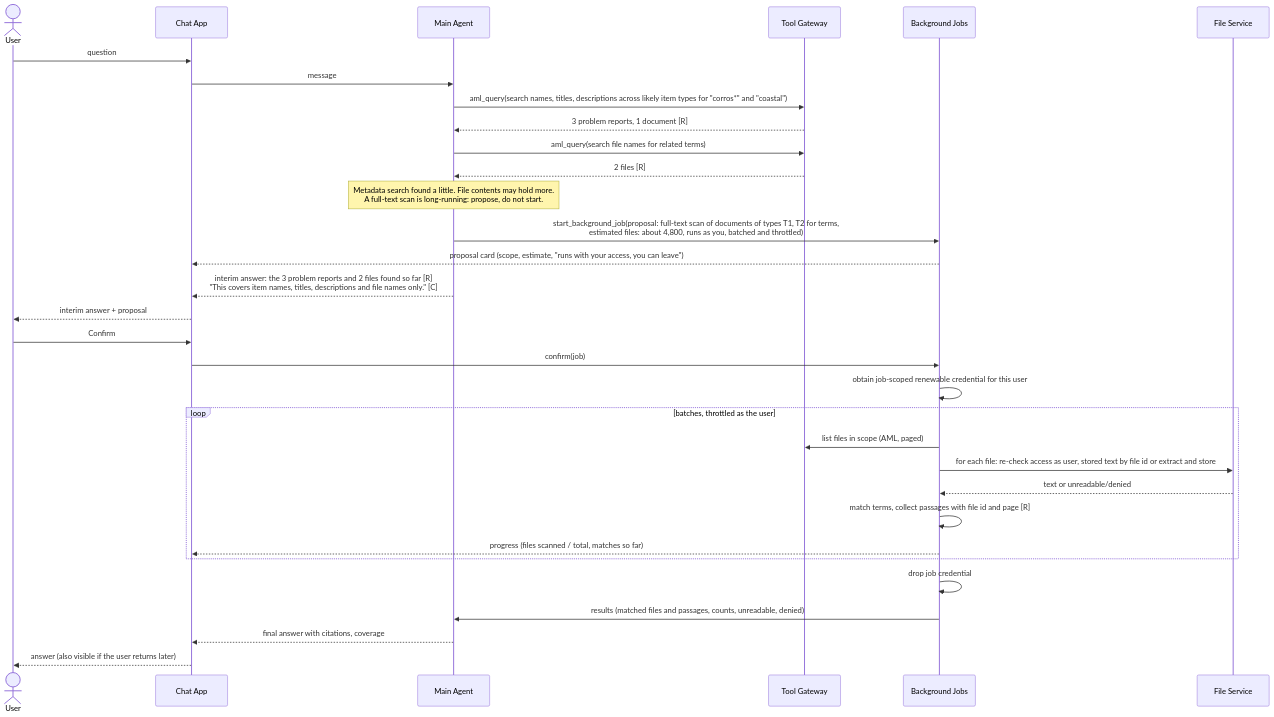
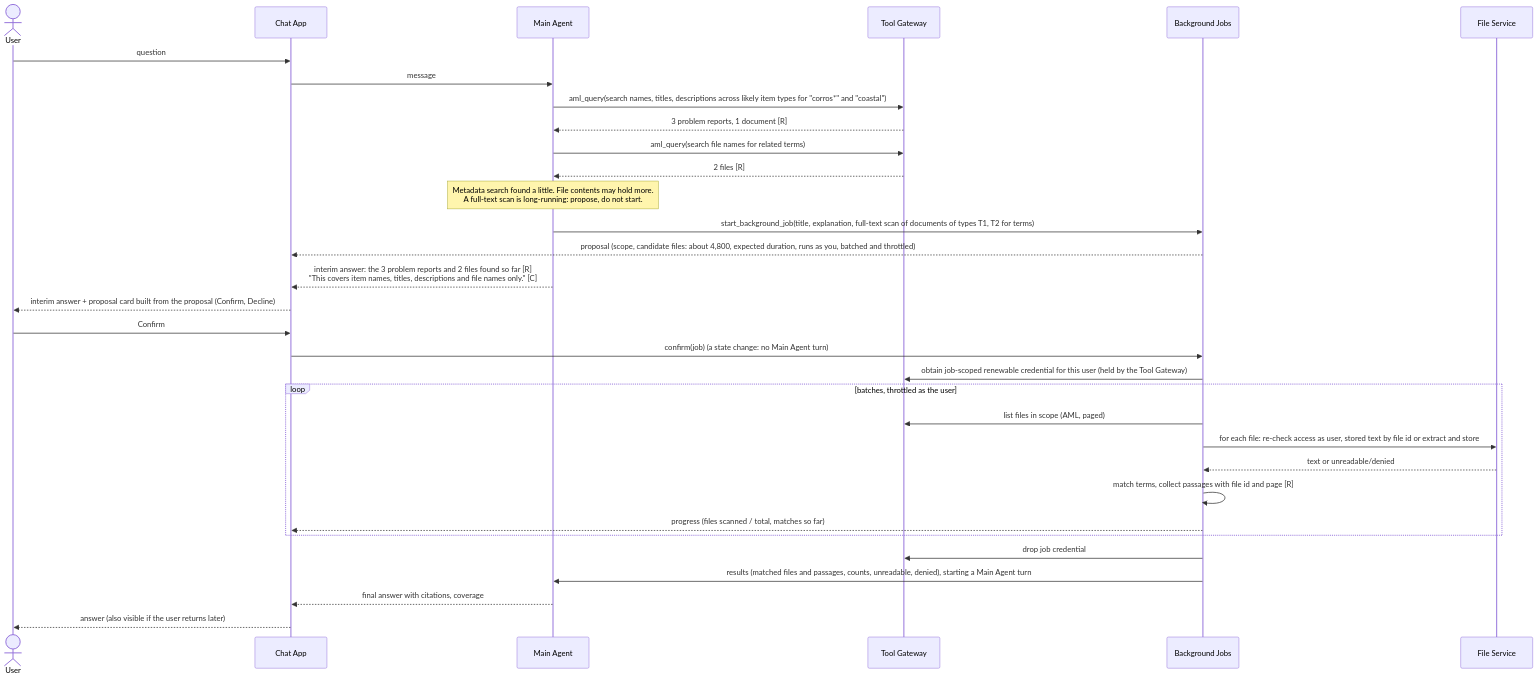
The eighth of 8 diagrams in docs/architecture/question-lifecycle.md (omkarbhale/aras-insight), drawn with Mermaid before and after one commit. The commit also changed other lines of this file and 99 other files, not shown here.

````diff
--- a/docs/architecture/question-lifecycle.md
+++ b/docs/architecture/question-lifecycle.md
@@ -292,35 +297,35 @@
 ```mermaid
 sequenceDiagram
     actor U as User
     participant App as Chat App
     participant MA as Main Agent
     participant GW as Tool Gateway
     participant BJ as Background Jobs
     participant FS as File Service
 
     U->>App: question
     App->>MA: message
     MA->>GW: aml_query(search names, titles, descriptions across likely item types for "corros*" and "coastal")
     GW-->>MA: 3 problem reports, 1 document [R]
     MA->>GW: aml_query(search file names for related terms)
     GW-->>MA: 2 files [R]
     Note over MA: Metadata search found a little. File contents may hold more.<br/>A full-text scan is long-running: propose, do not start.
-    MA->>BJ: start_background_job(proposal: full-text scan of documents of types T1, T2 for terms,<br/>estimated files: about 4,800, runs as you, batched and throttled)
-    BJ-->>App: proposal card (scope, estimate, "runs with your access, you can leave")
+    MA->>BJ: start_background_job(title, explanation, full-text scan of documents of types T1, T2 for terms)
+    BJ-->>App: proposal (scope, candidate files: about 4,800, expected duration, runs as you, batched and throttled)
     MA-->>App: interim answer: the 3 problem reports and 2 files found so far [R]<br/>"This covers item names, titles, descriptions and file names only." [C]
-    App-->>U: interim answer + proposal
+    App-->>U: interim answer + proposal card built from the proposal (Confirm, Decline)
     U->>App: Confirm
-    App->>BJ: confirm(job)
-    BJ->>BJ: obtain job-scoped renewable credential for this user
+    App->>BJ: confirm(job)  (a state change: no Main Agent turn)
+    BJ->>GW: obtain job-scoped renewable credential for this user (held by the Tool Gateway)
     loop batches, throttled as the user
         BJ->>GW: list files in scope (AML, paged)
         BJ->>FS: for each file: re-check access as user, stored text by file id or extract and store
         FS-->>BJ: text or unreadable/denied
         BJ->>BJ: match terms, collect passages with file id and page [R]
         BJ-->>App: progress (files scanned / total, matches so far)
     end
-    BJ->>BJ: drop job credential
-    BJ->>MA: results (matched files and passages, counts, unreadable, denied)
+    BJ->>GW: drop job credential
+    BJ->>MA: results (matched files and passages, counts, unreadable, denied), starting a Main Agent turn
     MA-->>App: final answer with citations, coverage
     App-->>U: answer (also visible if the user returns later)
 ```
````
